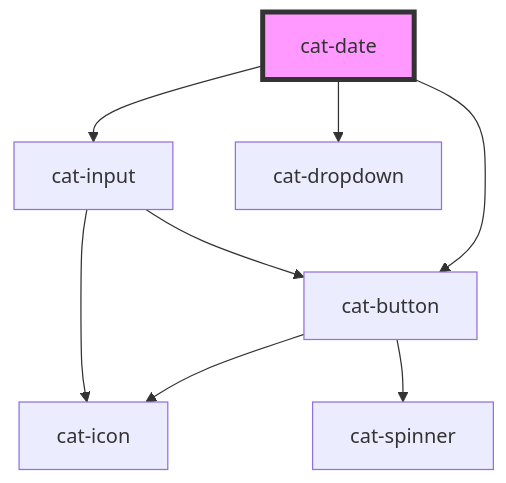
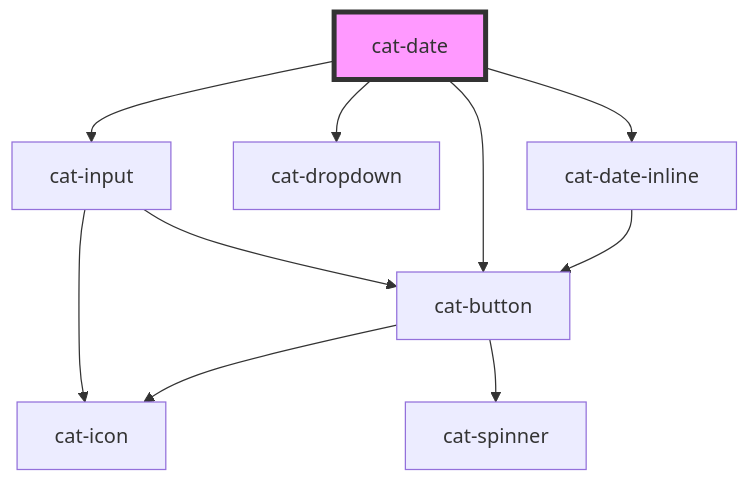
One commit to haiilo/catalyst changed the diagram in core/src/components/cat-date/readme.md. Above: the diagram before and after it, drawn with Mermaid. The commit also changed other lines of this file and 7 other files, not shown here.

````diff
--- a/core/src/components/cat-date/readme.md
+++ b/core/src/components/cat-date/readme.md
@@ -113,11 +98,13 @@
 ```mermaid
 graph TD;
   cat-date --> cat-input
   cat-date --> cat-dropdown
   cat-date --> cat-button
+  cat-date --> cat-date-inline
   cat-input --> cat-icon
   cat-input --> cat-button
   cat-button --> cat-icon
   cat-button --> cat-spinner
+  cat-date-inline --> cat-button
   style cat-date fill:#f9f,stroke:#333,stroke-width:4px
 ```
````
